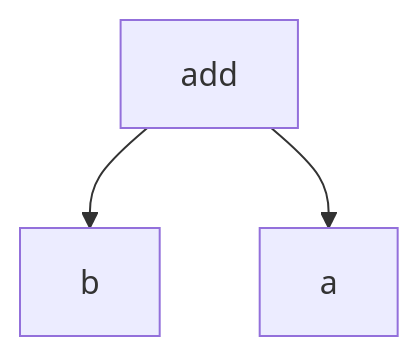
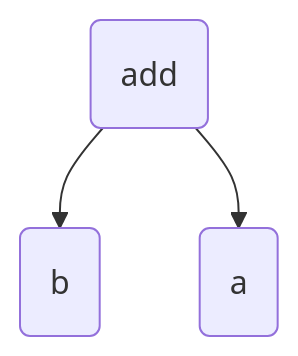
One commit to pengvyn/kavpix-code changed the fifth of 35 diagrams in src/essays/number-tree/essay.md. Above: the diagram before and after it, drawn with Mermaid. The commit also changed other lines of this file and 1 other file, not shown here.

````diff
--- a/src/essays/number-tree/essay.md
+++ b/src/essays/number-tree/essay.md
@@ -51,5 +54,5 @@
 ```mermaid
     graph TD;
-        add --> b;
-        add --> a;
+        add(add) --> b(b);
+        add --> a(a);
 ```
````
